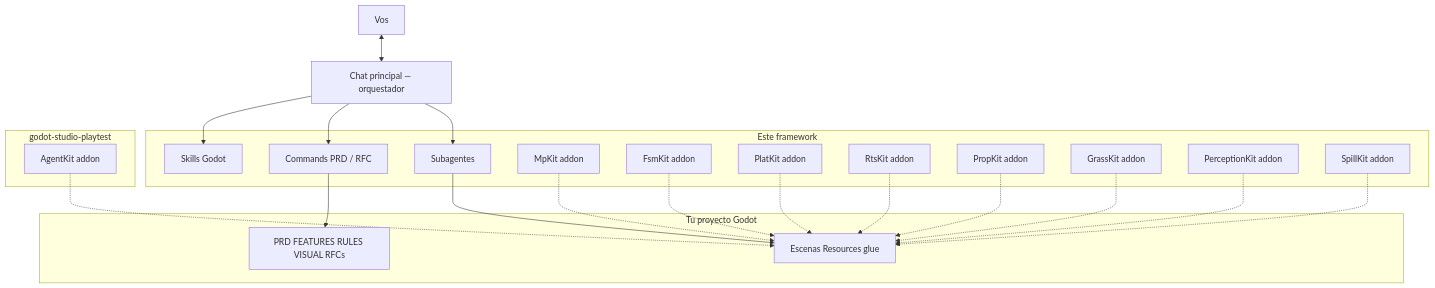
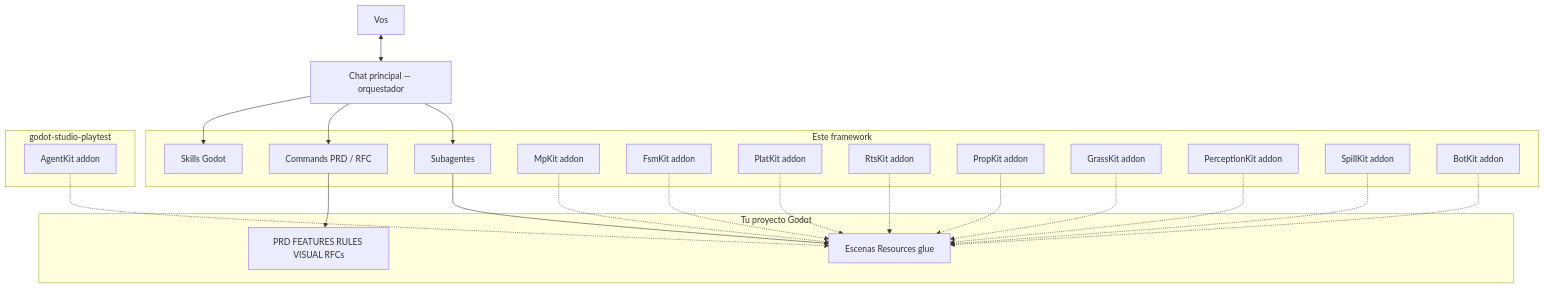
Before and after one commit to Joelnicolass/godot-studio-skills: the first of 4 diagrams in docs/architecture.md, drawn with Mermaid. The commit also changed other lines of this file and 105 other files, not shown here.

````diff
--- a/docs/architecture.md
+++ b/docs/architecture.md
@@ -9,45 +9,47 @@
 ```mermaid
 flowchart TB
   you[Vos]
   orch[Chat principal — orquestador]
 
   you <--> orch
 
   subgraph kit [Este framework]
     skills[Skills Godot]
     cmds[Commands PRD / RFC]
     agents[Subagentes]
     mpkit[MpKit addon]
     fsmkit[FsmKit addon]
     platkit[PlatKit addon]
     rtskit[RtsKit addon]
     propkit[PropKit addon]
     grasskit[GrassKit addon]
     perceptionkit[PerceptionKit addon]
     spillkit[SpillKit addon]
+    botkit[BotKit addon]
   end
 
   subgraph playtest [godot-studio-playtest]
     agentkit[AgentKit addon]
   end
 
   subgraph game [Tu proyecto Godot]
     arts[PRD FEATURES RULES VISUAL RFCs]
     code[Escenas Resources glue]
   end
 
   orch --> skills
   orch --> cmds
   cmds --> arts
   orch --> agents
   agents --> code
   mpkit -.-> code
   agentkit -.-> code
   fsmkit -.-> code
   platkit -.-> code
   rtskit -.-> code
   propkit -.-> code
   grasskit -.-> code
   perceptionkit -.-> code
   spillkit -.-> code
+  botkit -.-> code
 ```
````
